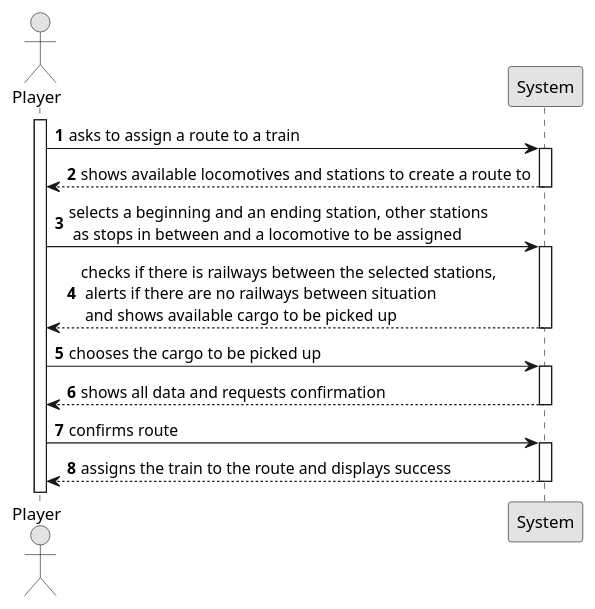
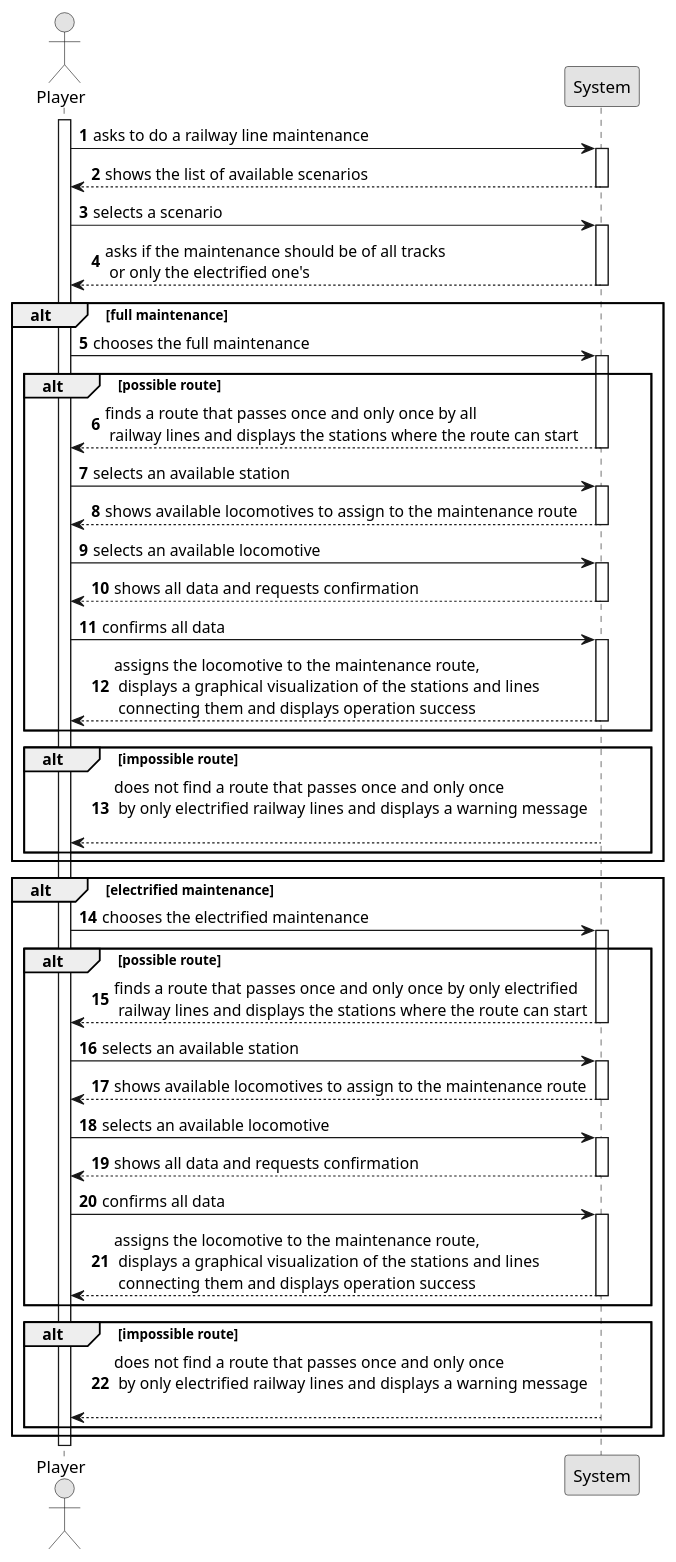
The diagram in Sprint2/US014/01.requirements-engineering/puml/US014-SSD.puml (1240935/pi2-railway-simulator), drawn with PlantUML before and after one commit. The commit also changed 17 other files, not shown here.

```diff
--- a/Sprint2/US014/01.requirements-engineering/puml/US014-SSD.puml
+++ b/Sprint2/US014/01.requirements-engineering/puml/US014-SSD.puml
@@ -1,36 +1,104 @@
 @startuml
 skinparam monochrome true
 skinparam packageStyle rectangle
 skinparam shadowing false
 
 autonumber
 
 actor "Player" as Employee
 participant "System" as System
 
 activate Employee
 
-    Employee -> System : asks to assign a route to a train
+    Employee -> System : asks to do a railway line maintenance
     activate System
 
-        System --> Employee : shows available locomotives and stations to create a route to
+        System --> Employee : shows the list of available scenarios
+            deactivate System
+
+    Employee -> System : selects a scenario
+    activate System
+
+        System --> Employee : asks if the maintenance should be of all tracks \n or only the electrified one's
     deactivate System
 
-    Employee -> System : selects a beginning and an ending station, other stations \n as stops in between and a locomotive to be assigned
-    activate System
+    alt full maintenance
+    Employee -> System : chooses the full maintenance
+        activate System
 
-        System --> Employee : checks if there is railways between the selected stations, \n alerts if there are no railways between situation \n and shows available cargo to be picked up
-    deactivate System
+        alt possible route
 
-    Employee -> System : chooses the cargo to be picked up
-    activate System
+                    System --> Employee : finds a route that passes once and only once by all \n railway lines and displays the stations where the route can start
+                    deactivate System
 
-        System --> Employee : shows all data and requests confirmation
-    deactivate System
+                Employee -> System : selects an available station
+                activate System
 
-    Employee -> System : confirms route
-    activate System
+                    System --> Employee: shows available locomotives to assign to the maintenance route
+                    deactivate System
 
-        System --> Employee : assigns the train to the route and displays success
-    deactivate System
+                Employee -> System : selects an available locomotive
+                activate System
+
+                     System --> Employee : shows all data and requests confirmation
+                    deactivate System
+
+                Employee -> System : confirms all data
+                activate System
+
+                    System --> Employee: assigns the locomotive to the maintenance route,\n displays a graphical visualization of the stations and lines \n connecting them and displays operation success
+                    deactivate System
+
+                end alt
+
+                alt impossible route
+
+                activate System
+
+                     System --> Employee : does not find a route that passes once and only once \n by only electrified railway lines and displays a warning message \n
+                     deactivate System
+
+                end alt
+
+         end alt
+
+    alt electrified maintenance
+
+        Employee -> System : chooses the electrified maintenance
+        activate System
+
+        alt possible route
+
+            System --> Employee : finds a route that passes once and only once by only electrified \n railway lines and displays the stations where the route can start
+            deactivate System
+
+        Employee -> System : selects an available station
+        activate System
+
+            System --> Employee: shows available locomotives to assign to the maintenance route
+            deactivate System
+
+        Employee -> System : selects an available locomotive
+        activate System
+
+             System --> Employee : shows all data and requests confirmation
+            deactivate System
+
+        Employee -> System : confirms all data
+        activate System
+
+            System --> Employee: assigns the locomotive to the maintenance route,\n displays a graphical visualization of the stations and lines \n connecting them and displays operation success
+            deactivate System
+
+        end alt
+
+        alt impossible route
+
+             System --> Employee : does not find a route that passes once and only once \n by only electrified railway lines and displays a warning message \n
+
+        end alt
+
+
+    end alt
+
 @enduml
```
